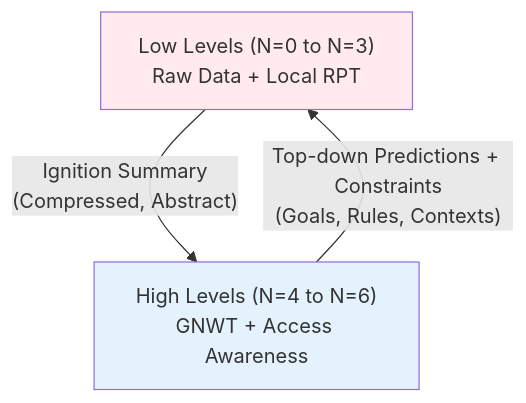
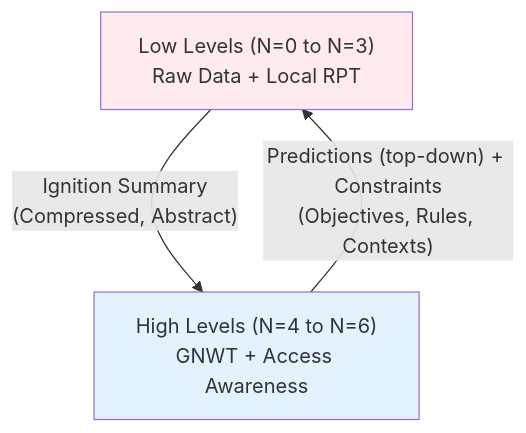
One commit to AlainCo/GNWT-Garrigue-X-en changed the first of 8 diagrams in architecture/architecture.md. Above: the diagram before and after it, drawn with Mermaid. The commit also changed other lines of this file and 31 other files, not shown here.

````diff
--- a/architecture/architecture.md
+++ b/architecture/architecture.md
@@ -5,12 +5,12 @@
 ```mermaid
 flowchart TD
     direction TB
 
     Bas["Low Levels (N=0 to N=3)\nRaw Data + Local RPT"] 
     -->|"Ignition Summary\n(Compressed, Abstract)"| Haut["High Levels (N=4 to N=6)\nGNWT + Access Awareness"]
 
-    Haut -->|"Top-down Predictions + Constraints\n(Goals, Rules, Contexts)"| Bas
+    Haut -->|"Predictions (top-down) + Constraints\n(Objectives, Rules, Contexts)"| Bas
 
     style Bas fill:#ffebee
     style Haut fill:#e3f2fd
 ```
````
